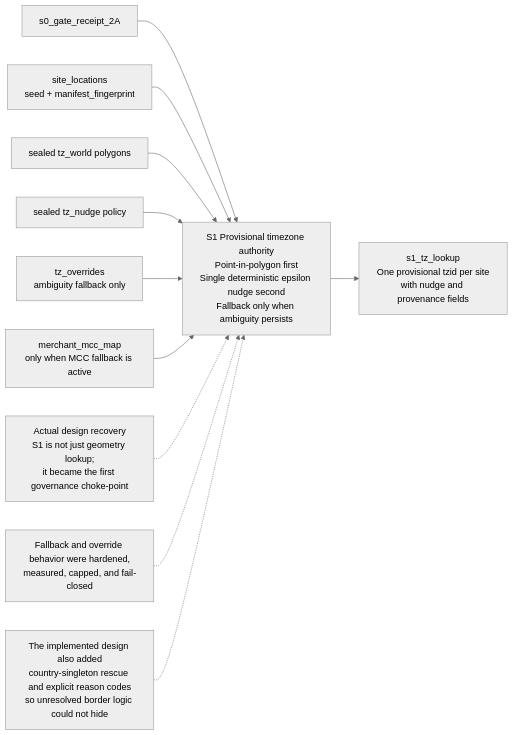
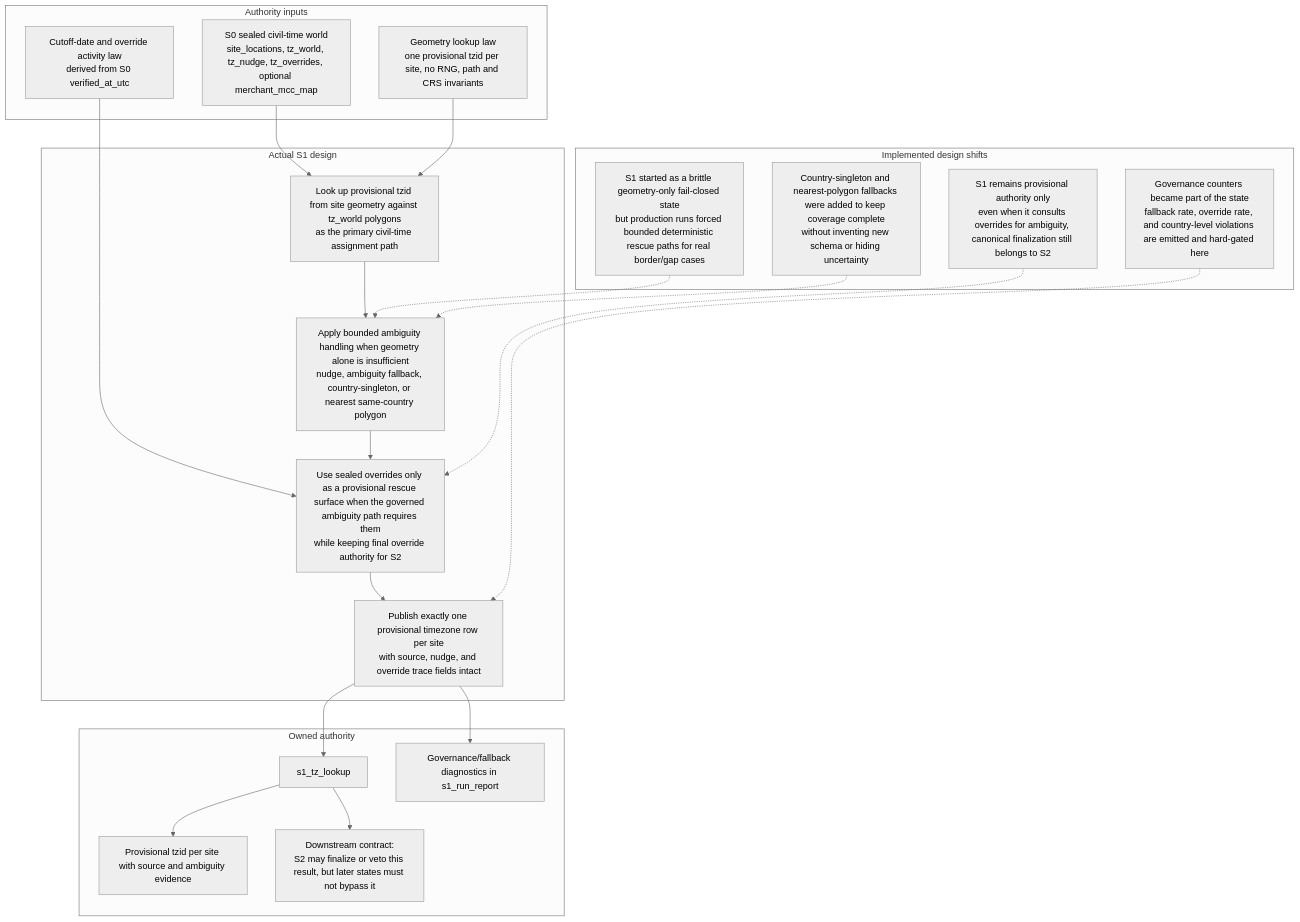
The diagram in docs/design/data-engine/layer-1/2A/2A-S1-design-flow.mmd (EsosaOrumwese/fraud-detection-system), drawn with Mermaid (neutral theme) before and after one commit. The commit also changed 56 other files, not shown here.

First line of the commit message:
Refactor design flows for segments 3B and 5A to enhance clarity and authority structure

```diff
--- a/docs/design/data-engine/layer-1/2A/2A-S1-design-flow.mmd
+++ b/docs/design/data-engine/layer-1/2A/2A-S1-design-flow.mmd
@@ -1,27 +1,42 @@
-flowchart LR
-  I1["s0_gate_receipt_2A"]
-  I2["site_locations<br/>seed + manifest_fingerprint"]
-  I3["sealed tz_world polygons"]
-  I4["sealed tz_nudge policy"]
-  I5["tz_overrides<br/>ambiguity fallback only"]
-  I6["merchant_mcc_map<br/>only when MCC fallback is active"]
+flowchart TD
+  subgraph inputs["Authority inputs"]
+    I1["S0 sealed civil-time world<br/>site_locations, tz_world, tz_nudge, tz_overrides, optional merchant_mcc_map"]
+    I2["Geometry lookup law<br/>one provisional tzid per site, no RNG, path and CRS invariants"]
+    I3["Cutoff-date and override activity law<br/>derived from S0 verified_at_utc"]
+  end
 
-  S1["S1 Provisional timezone authority<br/>Point-in-polygon first<br/>Single deterministic epsilon nudge second<br/>Fallback only when ambiguity persists"]
+  subgraph core["Actual S1 design"]
+    C1["Look up provisional tzid from site geometry against tz_world polygons<br/>as the primary civil-time assignment path"]
+    C2["Apply bounded ambiguity handling when geometry alone is insufficient<br/>nudge, ambiguity fallback, country-singleton, or nearest same-country polygon"]
+    C3["Use sealed overrides only as a provisional rescue surface when the governed ambiguity path requires them<br/>while keeping final override authority for S2"]
+    C4["Publish exactly one provisional timezone row per site<br/>with source, nudge, and override trace fields intact"]
+  end
 
-  O1["s1_tz_lookup<br/>One provisional tzid per site<br/>with nudge and provenance fields"]
+  subgraph shifts["Implemented design shifts"]
+    S1["S1 started as a brittle geometry-only fail-closed state<br/>but production runs forced bounded deterministic rescue paths for real border/gap cases"]
+    S2["Country-singleton and nearest-polygon fallbacks were added to keep coverage complete<br/>without inventing new schema or hiding uncertainty"]
+    S3["Governance counters became part of the state<br/>fallback rate, override rate, and country-level violations are emitted and hard-gated here"]
+    S4["S1 remains provisional authority only<br/>even when it consults overrides for ambiguity, canonical finalization still belongs to S2"]
+  end
 
-  I1 --> S1
-  I2 --> S1
-  I3 --> S1
-  I4 --> S1
-  I5 --> S1
-  I6 --> S1
-  S1 --> O1
+  subgraph outputs["Owned authority"]
+    O1["s1_tz_lookup"]
+    O2["Provisional tzid per site with source and ambiguity evidence"]
+    O3["Governance/fallback diagnostics in s1_run_report"]
+    O4["Downstream contract:<br/>S2 may finalize or veto this result, but later states must not bypass it"]
+  end
 
-  R1["Actual design recovery<br/>S1 is not just geometry lookup;<br/>it became the first governance choke-point"]
-  R2["Fallback and override behavior were hardened,<br/>measured, capped, and fail-closed"]
-  R3["The implemented design also added<br/>country-singleton rescue and explicit reason codes<br/>so unresolved border logic could not hide"]
+  I1 --> C1
+  I2 --> C1
+  I3 --> C3
+  C1 --> C2 --> C3 --> C4
 
-  R1 -.-> S1
-  R2 -.-> S1
-  R3 -.-> S1
+  C4 --> O1
+  O1 --> O2
+  C4 --> O3
+  O1 --> O4
+
+  S1 -.-> C2
+  S2 -.-> C2
+  S3 -.-> C4
+  S4 -.-> C3
```
